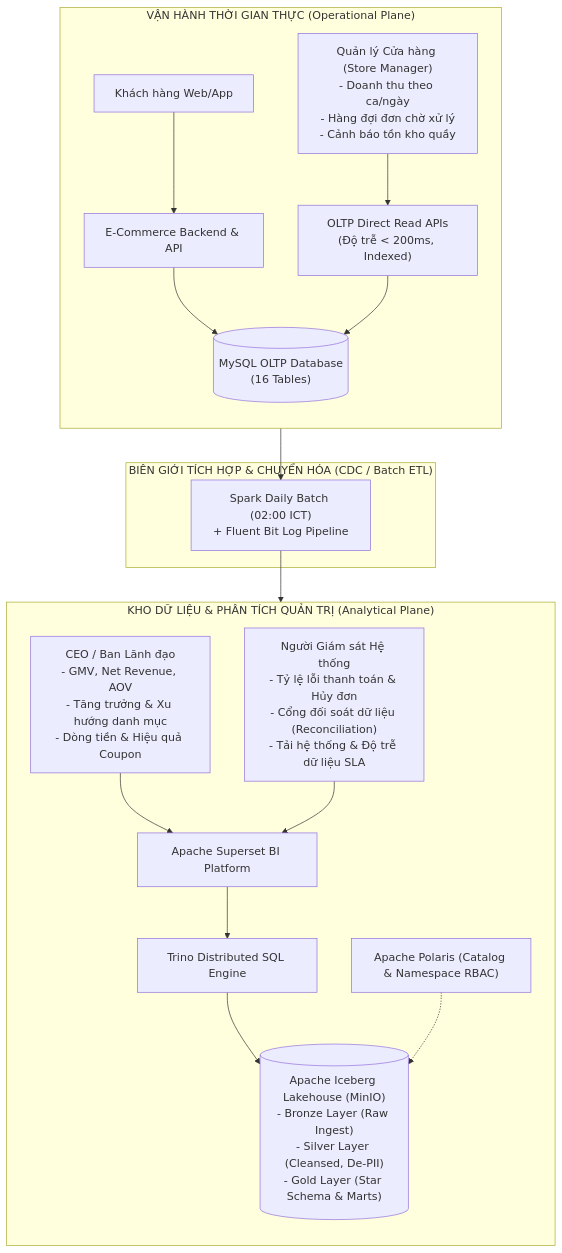
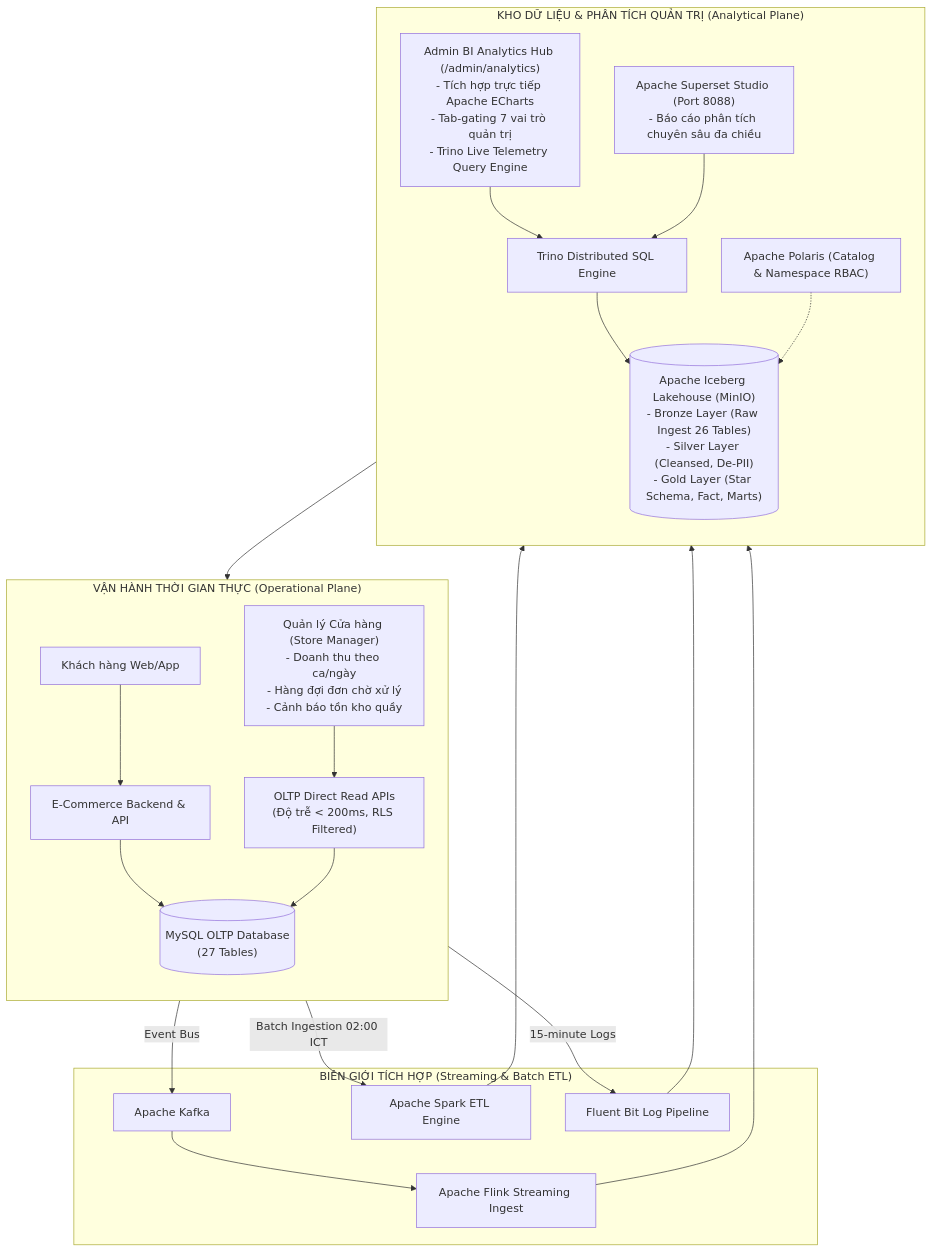
The first of 6 diagrams in docs/architecture/MANAGEMENT_INFO_TECHNICAL_SPEC.md (DanhTrannn/TLCN), drawn with Mermaid before and after one commit. The commit also changed other lines of this file and 11 other files, not shown here.

````diff
--- a/docs/architecture/MANAGEMENT_INFO_TECHNICAL_SPEC.md
+++ b/docs/architecture/MANAGEMENT_INFO_TECHNICAL_SPEC.md
@@ -57,27 +61,31 @@
 ```mermaid
 flowchart TB
     subgraph Operational_Plane["VẬN HÀNH THỜI GIAN THỰC (Operational Plane)"]
         direction TB
         AppUser["Khách hàng Web/App"] --> WebApp["E-Commerce Backend & API"]
-        WebApp --> MySQL[("MySQL OLTP Database\n(16 Tables)")]
+        WebApp --> MySQL[("MySQL OLTP Database\n(27 Tables)")]
         
-        StoreMgr["Quản lý Cửa hàng (Store Manager)\n- Doanh thu theo ca/ngày\n- Hàng đợi đơn chờ xử lý\n- Cảnh báo tồn kho quầy"] --> OLTP_API["OLTP Direct Read APIs\n(Độ trễ < 200ms, Indexed)"]
+        StoreMgr["Quản lý Cửa hàng (Store Manager)\n- Doanh thu theo ca/ngày\n- Hàng đợi đơn chờ xử lý\n- Cảnh báo tồn kho quầy"] --> OLTP_API["OLTP Direct Read APIs\n(Độ trễ < 200ms, RLS Filtered)"]
         OLTP_API --> MySQL
     end
 
-    subgraph ETL_Boundary["BIÊN GIỚI TÍCH HỢP & CHUYỂN HÓA (CDC / Batch ETL)"]
-        MySQL --> Ingestion["Spark Daily Batch (02:00 ICT)\n+ Fluent Bit Log Pipeline"]
+    subgraph Integration_Boundary["BIÊN GIỚI TÍCH HỢP (Streaming & Batch ETL)"]
+        WebApp -->|Event Bus| Kafka["Apache Kafka"]
+        Kafka --> Flink["Apache Flink Streaming Ingest"]
+        MySQL -->|Batch Ingestion 02:00 ICT| Spark["Apache Spark ETL Engine"]
+        WebApp -->|15-minute Logs| FluentBit["Fluent Bit Log Pipeline"]
     end
 
     subgraph Analytical_Plane["KHO DỮ LIỆU & PHÂN TÍCH QUẢN TRỊ (Analytical Plane)"]
         direction TB
-        Ingestion --> Lakehouse[("Apache Iceberg Lakehouse (MinIO)\n- Bronze Layer (Raw Ingest)\n- Silver Layer (Cleansed, De-PII)\n- Gold Layer (Star Schema & Marts)")]
+        Spark & Flink & FluentBit --> Lakehouse[("Apache Iceberg Lakehouse (MinIO)\n- Bronze Layer (Raw Ingest 26 Tables)\n- Silver Layer (Cleansed, De-PII)\n- Gold Layer (Star Schema, Fact, Marts)")]
         
         Engine["Trino Distributed SQL Engine"] --> Lakehouse
         Catalog["Apache Polaris (Catalog & Namespace RBAC)"] -.-> Lakehouse
         
-        Superset["Apache Superset BI Platform"] --> Engine
-        CEO["CEO / Ban Lãnh đạo\n- GMV, Net Revenue, AOV\n- Tăng trưởng & Xu hướng danh mục\n- Dòng tiền & Hiệu quả Coupon"] --> Superset
-        SysAdmin["Người Giám sát Hệ thống\n- Tỷ lệ lỗi thanh toán & Hủy đơn\n- Cổng đối soát dữ liệu (Reconciliation)\n- Tải hệ thống & Độ trễ dữ liệu SLA"] --> Superset
+        Hub["Admin BI Analytics Hub (/admin/analytics)\n- Tích hợp trực tiếp Apache ECharts\n- Tab-gating 7 vai trò quản trị\n- Trino Live Telemetry Query Engine"] --> Engine
+        Hub --> OLTP_API
+        
+        Superset["Apache Superset Studio (Port 8088)\n- Báo cáo phân tích chuyên sâu đa chiều"] --> Engine
     end
 ```
````
